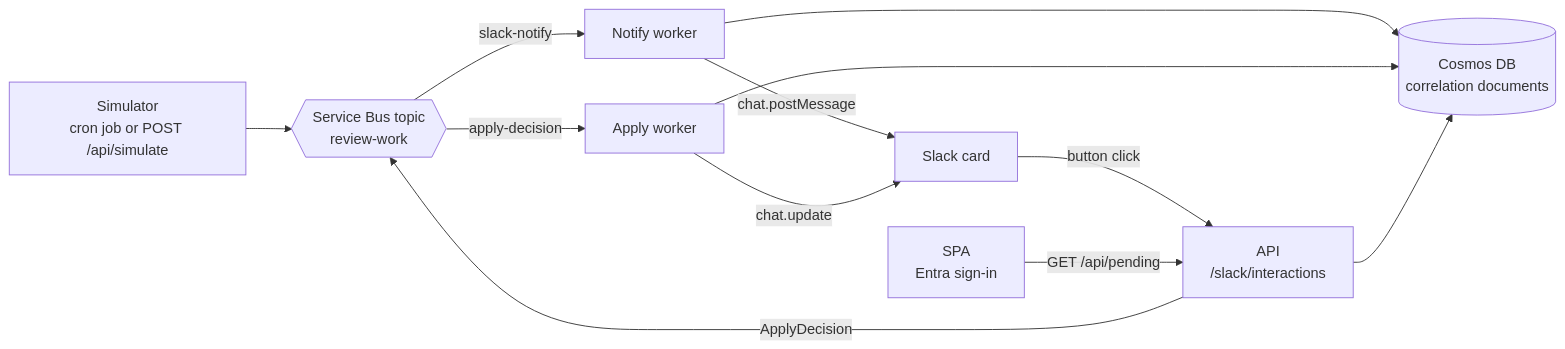
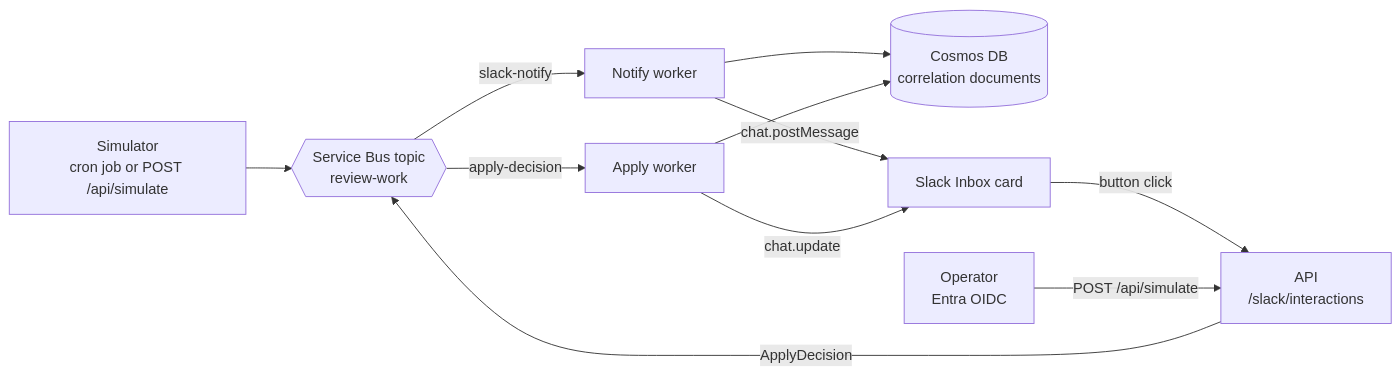
Before and after one commit to broberts23/vsCode: the first of 4 diagrams in project-access-reviews-autopilot/docs/blog.md, drawn with Mermaid. The commit also changed other lines of this file and 4 other files, not shown here.

````diff
--- a/project-access-reviews-autopilot/docs/blog.md
+++ b/project-access-reviews-autopilot/docs/blog.md
@@ -23,14 +23,13 @@
 ```mermaid
 flowchart LR
     sim["Simulator<br/>cron job or POST /api/simulate"] --> topic{{"Service Bus topic<br/>review-work"}}
     topic -->|"slack-notify"| nw["Notify worker"]
     topic -->|"apply-decision"| aw["Apply worker"]
     nw --> cosmos[("Cosmos DB<br/>correlation documents")]
-    nw -->|"chat.postMessage"| slack["Slack card"]
+    nw -->|"chat.postMessage"| slack["Slack Inbox card"]
     slack -->|"button click"| api["API<br/>/slack/interactions"]
     api -->|"ApplyDecision"| topic
     aw --> cosmos
     aw -->|"chat.update"| slack
-    spa["SPA<br/>Entra sign-in"] -->|"GET /api/pending"| api
-    api --> cosmos
+    op["Operator<br/>Entra OIDC"] -->|"POST /api/simulate"| api
 ```
````
